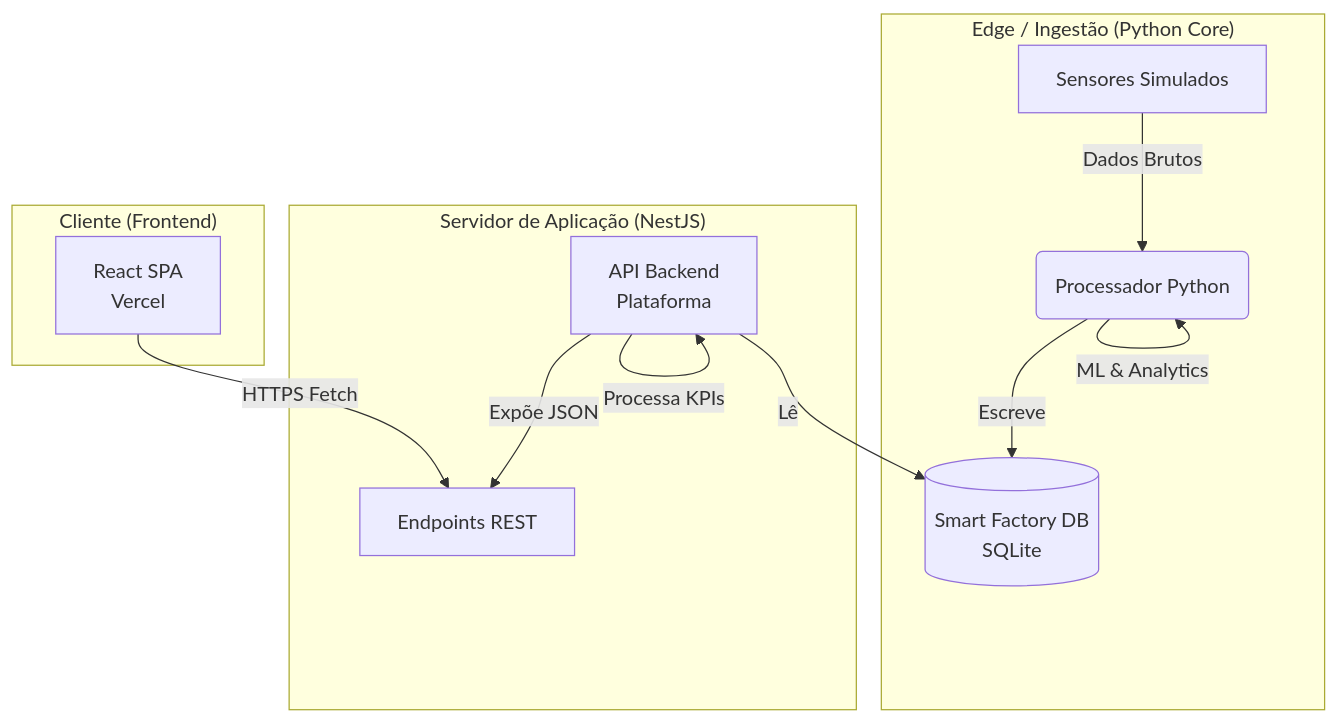
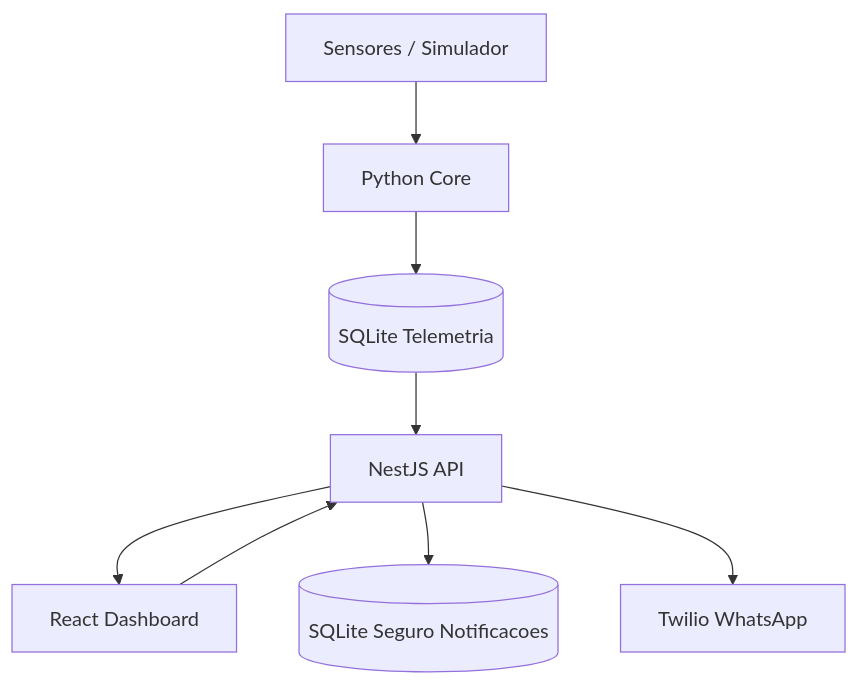
The diagram in docs/SERVER_ARCHITECTURE.md (SamLoboTi/smart-factory), drawn with Mermaid before and after one commit. The commit also changed other lines of this file and 24 other files, not shown here.

Commit message:
Add secure WhatsApp notification settings

````diff
--- a/docs/SERVER_ARCHITECTURE.md
+++ b/docs/SERVER_ARCHITECTURE.md
@@ -11,18 +15,10 @@
 ```mermaid
 graph TD
-    subgraph "Edge / Ingestão (Python Core)"
-        A[Sensores Simulados] -->|Dados Brutos| B(Processador Python)
-        B -->|ML & Analytics| B
-        B -->|Escreve| C[(Smart Factory DB\nSQLite)]
-    end
-
-    subgraph "Servidor de Aplicação (NestJS)"
-        D[API Backend\nPlataforma] -->|Lê| C
-        D -->|Processa KPIs| D
-        D -->|Expõe JSON| E[Endpoints REST]
-    end
-
-    subgraph "Cliente (Frontend)"
-        F[React SPA\nVercel] -->|HTTPS Fetch| E
-    end
+    A[Sensores / Simulador] --> B[Python Core]
+    B --> C[(SQLite Telemetria)]
+    C --> D[NestJS API]
+    D --> E[React Dashboard]
+    E --> D
+    D --> F[(SQLite Seguro Notificacoes)]
+    D --> G[Twilio WhatsApp]
 ```
````
